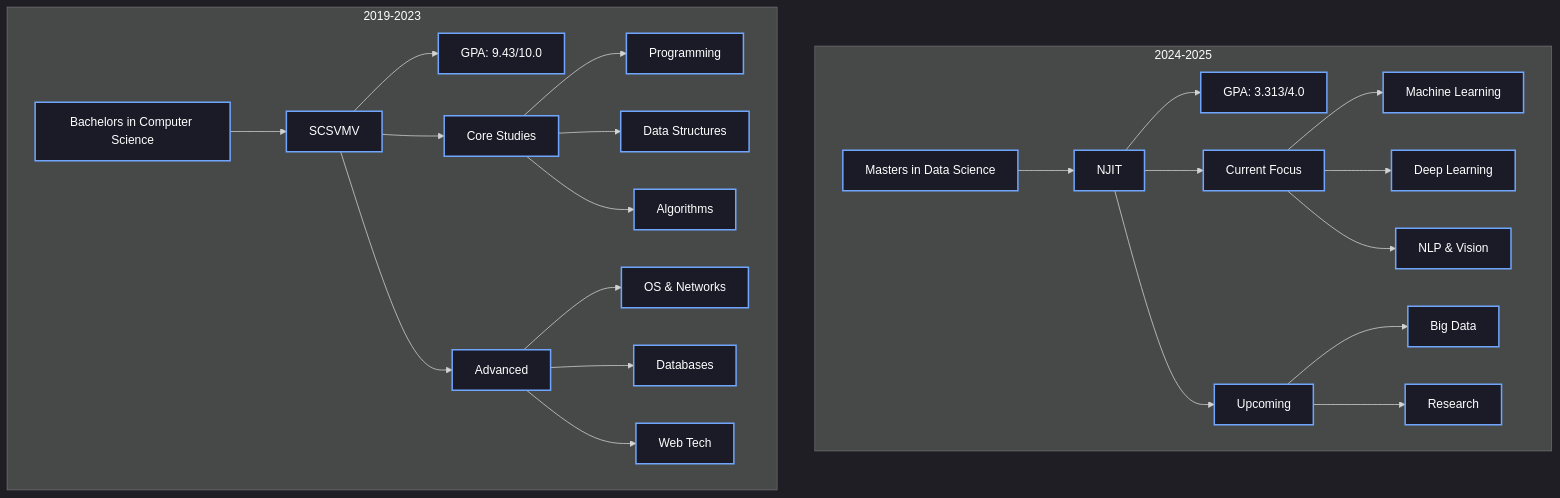
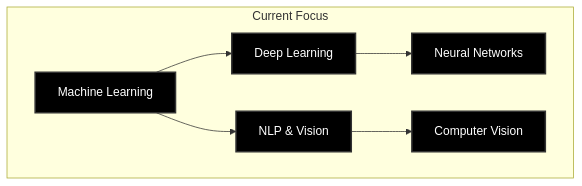
The first of 2 diagrams in README.md (saisrinivas194/saisrinivas194), drawn with Mermaid before and after one commit. The commit also changed other lines of this file, not shown here.

````diff
--- a/README.md
+++ b/README.md
@@ -46,32 +60,11 @@
 ```mermaid
-%%{init: { 'theme': 'dark', 'themeVariables': { 'fontFamily': 'monospace' }}}%%
 graph TB
-    classDef default fill:#1A1B27,stroke:#70A5FD,stroke-width:2px,color:#ffffff;
+    classDef default fill:#000000,stroke:#333,stroke-width:2px,color:#ffffff;
 
-    subgraph 2024-2025
-    A[Masters in Data Science]
-    A --> B[NJIT]
-    B --> C[GPA: 3.313/4.0]
-    B --> D[Current Focus]
-    D --> E[Machine Learning]
-    D --> F[Deep Learning]
-    D --> G[NLP & Vision]
-    B --> H[Upcoming]
-    H --> I[Big Data]
-    H --> J[Research]
-    end
-
-    subgraph 2019-2023
-    K[Bachelors in Computer Science]
-    K --> L[SCSVMV]
-    L --> M[GPA: 9.43/10.0]
-    L --> N[Core Studies]
-    N --> O[Programming]
-    N --> P[Data Structures]
-    N --> Q[Algorithms]
-    L --> R[Advanced]
-    R --> S[OS & Networks]
-    R --> T[Databases]
-    R --> U[Web Tech]
+    subgraph Current Focus
+    A[Machine Learning] --> B[Deep Learning]
+    A --> C[NLP & Vision]
+    B --> D[Neural Networks]
+    C --> E[Computer Vision]
     end
 ```
````
